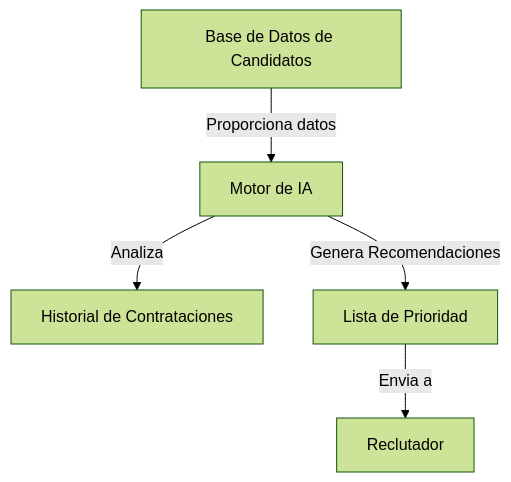
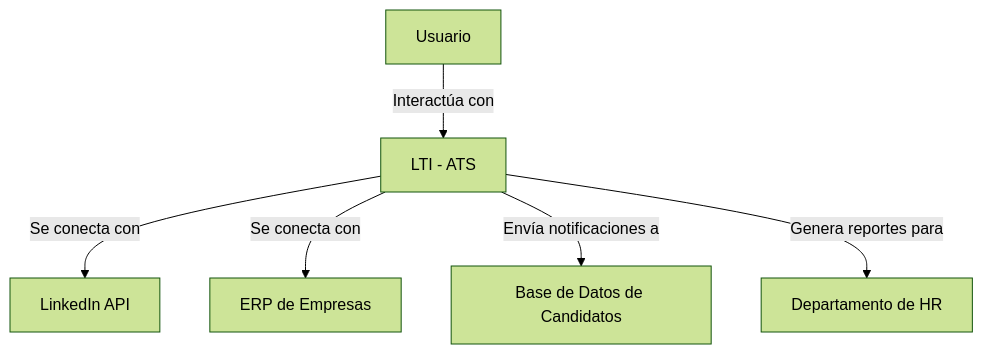
The seventh of 10 diagrams in LTI-PJG/LTI-PJG.md (LIDR-academy/AI4Devs-design-1-Fever), drawn with Mermaid (forest theme) before and after one commit. The commit also changed other lines of this file and 1 other file, not shown here.

````diff
--- a/LTI-PJG/LTI-PJG.md
+++ b/LTI-PJG/LTI-PJG.md
@@ -167,7 +182,9 @@
-```mermaid
-graph TD;
-    A[Base de Datos de Candidatos] -->|Proporciona datos| B[Motor de IA]
-    B -->|Analiza| C[Historial de Contrataciones]
-    B -->|Genera Recomendaciones| D[Lista de Prioridad]
-    D -->|Envia a| E[Reclutador]
-```
+```mermaid  
+graph TD;  
+Usuario[Usuario] -->|Interactúa con| Sistema[LTI - ATS]  
+Sistema -->|Se conecta con| LinkedIn[LinkedIn API]  
+Sistema -->|Se conecta con| Empresas[ERP de Empresas]  
+Sistema -->|Envía notificaciones a| Candidatos[Base de Datos de Candidatos]  
+Sistema -->|Genera reportes para| Reclutadores[Departamento de HR]  
+  
+```  
````
